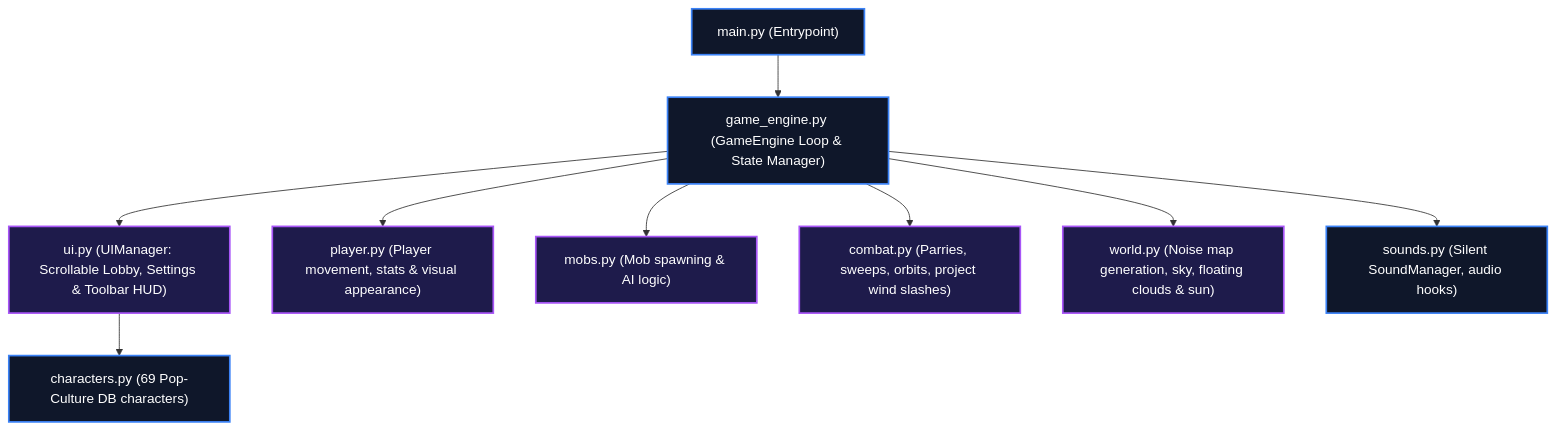
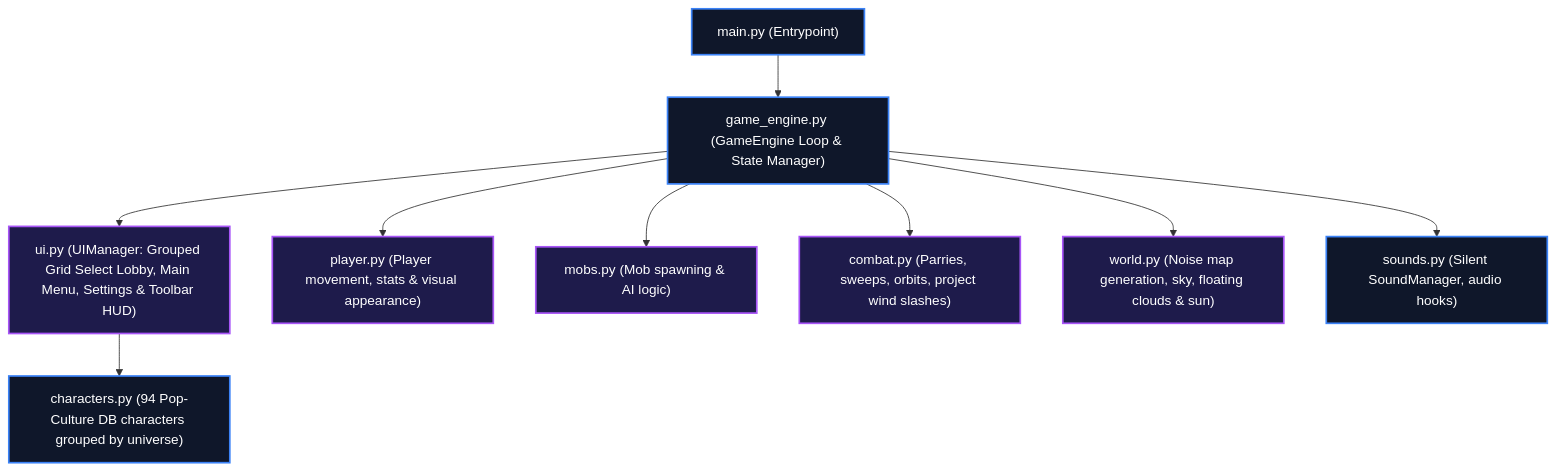
Before and after one commit to IamOumarIbrahim/varius: the diagram in README.md, drawn with Mermaid. The commit also changed other lines of this file and 4 other files, not shown here.

Commit message:
Release version beta0.3 - Varius menu, grouped grids, 4x detail sprites, keyboard action binds

````diff
--- a/README.md
+++ b/README.md
@@ -39,15 +42,15 @@
 ```mermaid
 graph TD
     Main["main.py (Entrypoint)"] --> Engine["game_engine.py (GameEngine Loop & State Manager)"]
-    Engine --> UI["ui.py (UIManager: Scrollable Lobby, Settings & Toolbar HUD)"]
+    Engine --> UI["ui.py (UIManager: Grouped Grid Select Lobby, Main Menu, Settings & Toolbar HUD)"]
     Engine --> Player["player.py (Player movement, stats & visual appearance)"]
     Engine --> Mobs["mobs.py (Mob spawning & AI logic)"]
     Engine --> Combat["combat.py (Parries, sweeps, orbits, project wind slashes)"]
     Engine --> World["world.py (Noise map generation, sky, floating clouds & sun)"]
     Engine --> Audio["sounds.py (Silent SoundManager, audio hooks)"]
-    UI --> Char["characters.py (69 Pop-Culture DB characters)"]
+    UI --> Char["characters.py (94 Pop-Culture DB characters grouped by universe)"]
 
     classDef default fill:#0f172a,stroke:#3b82f6,stroke-width:2px,color:#fff;
     classDef process fill:#1e1b4b,stroke:#a855f7,stroke-width:2px,color:#fff;
     class Player,Mobs,Combat,World,UI process;
 ```
````
